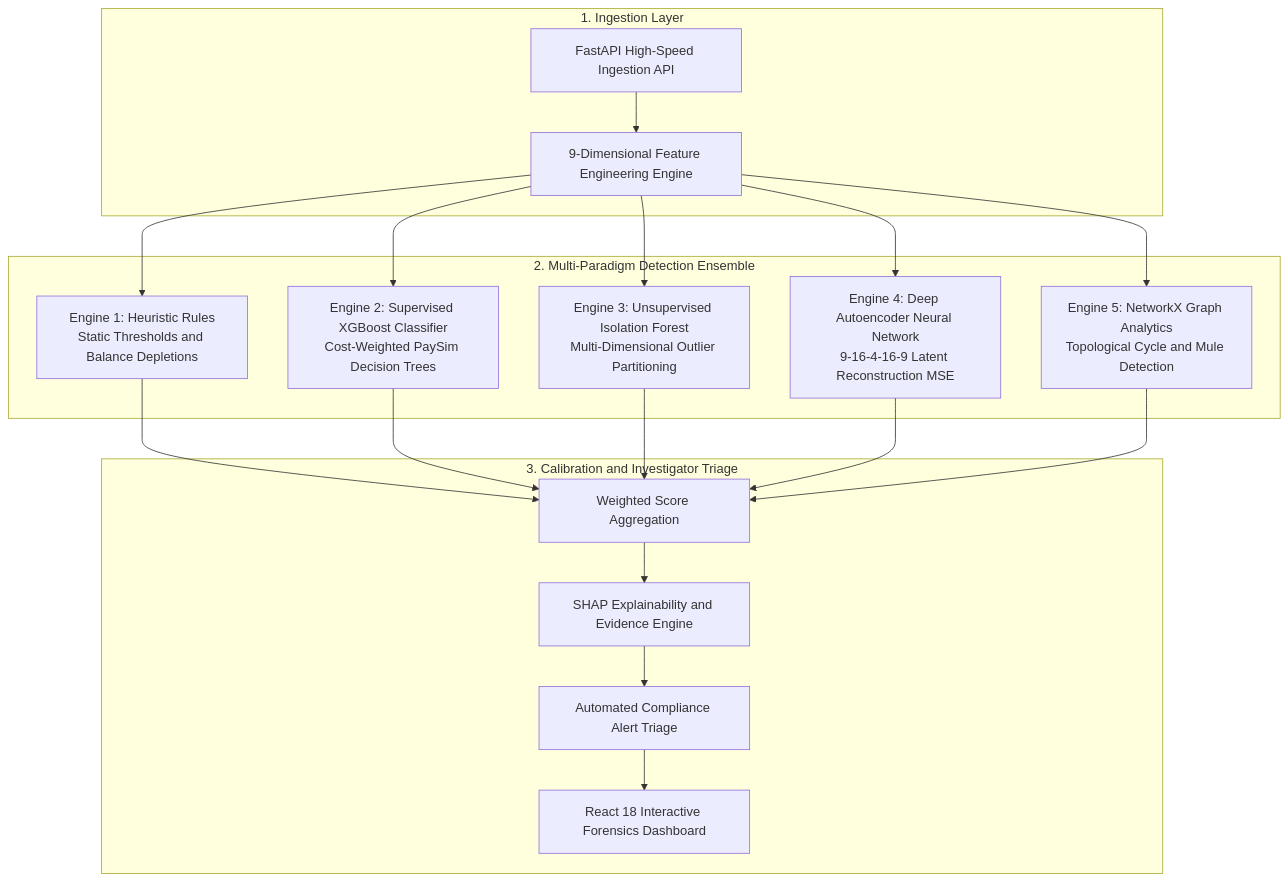
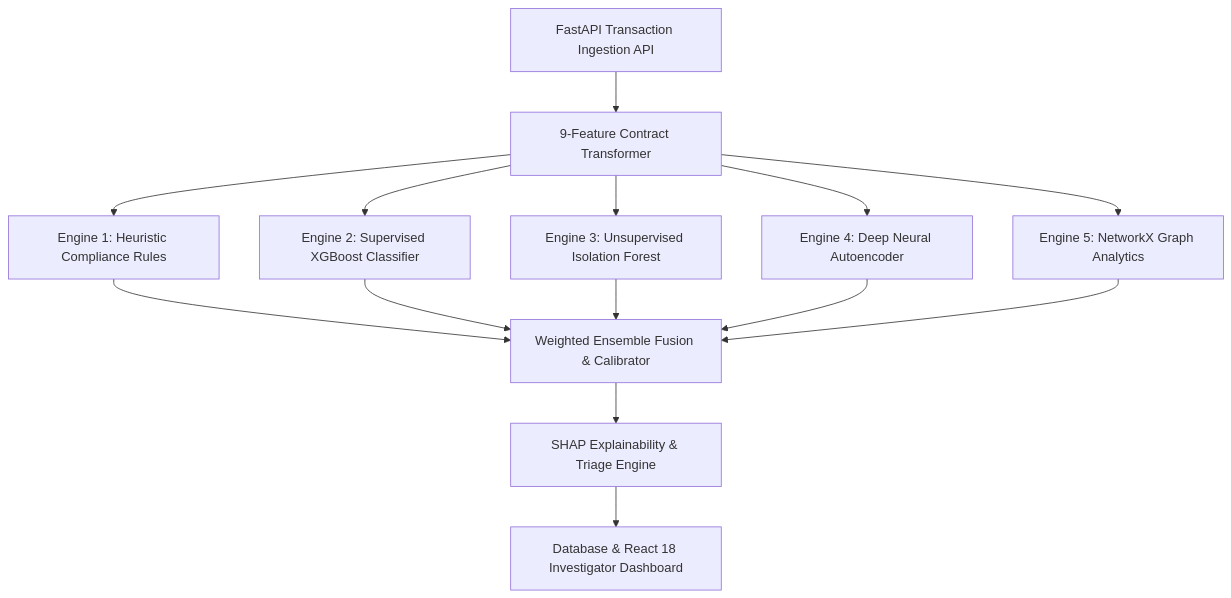
Before and after one commit to BharathKumar113/anti_money_laundering: the fourth of 14 diagrams in documentation.md, drawn with Mermaid. The commit also changed other lines of this file, not shown here.

Commit message:
docs: finalize full-length academic documentation with dual-rendered UML and architecture diagrams

````diff
--- a/documentation.md
+++ b/documentation.md
@@ -179,39 +298,16 @@
 ```mermaid
 flowchart TD
-    subgraph Ingestion["1. Ingestion Layer"]
-        API["FastAPI High-Speed Ingestion API"]
-        Contract["9-Dimensional Feature Engineering Engine"]
-    end
-
-    subgraph Ensemble["2. Multi-Paradigm Detection Ensemble"]
-        E1["Engine 1: Heuristic Rules<br/>Static Thresholds and Balance Depletions"]
-        E2["Engine 2: Supervised XGBoost Classifier<br/>Cost-Weighted PaySim Decision Trees"]
-        E3["Engine 3: Unsupervised Isolation Forest<br/>Multi-Dimensional Outlier Partitioning"]
-        E4["Engine 4: Deep Autoencoder Neural Network<br/>9-16-4-16-9 Latent Reconstruction MSE"]
-        E5["Engine 5: NetworkX Graph Analytics<br/>Topological Cycle and Mule Detection"]
-    end
-
-    subgraph Output["3. Calibration and Investigator Triage"]
-        Fusion["Weighted Score Aggregation"]
-        XAI["SHAP Explainability and Evidence Engine"]
-        Alert["Automated Compliance Alert Triage"]
-        Dashboard["React 18 Interactive Forensics Dashboard"]
-    end
-
-    API --> Contract
-    Contract --> E1
-    Contract --> E2
-    Contract --> E3
-    Contract --> E4
-    Contract --> E5
-
-    E1 --> Fusion
-    E2 --> Fusion
-    E3 --> Fusion
-    E4 --> Fusion
-    E5 --> Fusion
-
-    Fusion --> XAI
-    XAI --> Alert
-    Alert --> Dashboard
+    API["FastAPI Transaction Ingestion API"] --> Transformer["9-Feature Contract Transformer"]
+    Transformer --> E1["Engine 1: Heuristic Compliance Rules"]
+    Transformer --> E2["Engine 2: Supervised XGBoost Classifier"]
+    Transformer --> E3["Engine 3: Unsupervised Isolation Forest"]
+    Transformer --> E4["Engine 4: Deep Neural Autoencoder"]
+    Transformer --> E5["Engine 5: NetworkX Graph Analytics"]
+    E1 --> Aggregator["Weighted Ensemble Fusion & Calibrator"]
+    E2 --> Aggregator
+    E3 --> Aggregator
+    E4 --> Aggregator
+    E5 --> Aggregator
+    Aggregator --> XAI["SHAP Explainability & Triage Engine"]
+    XAI --> Output["Database & React 18 Investigator Dashboard"]
 ```
````
